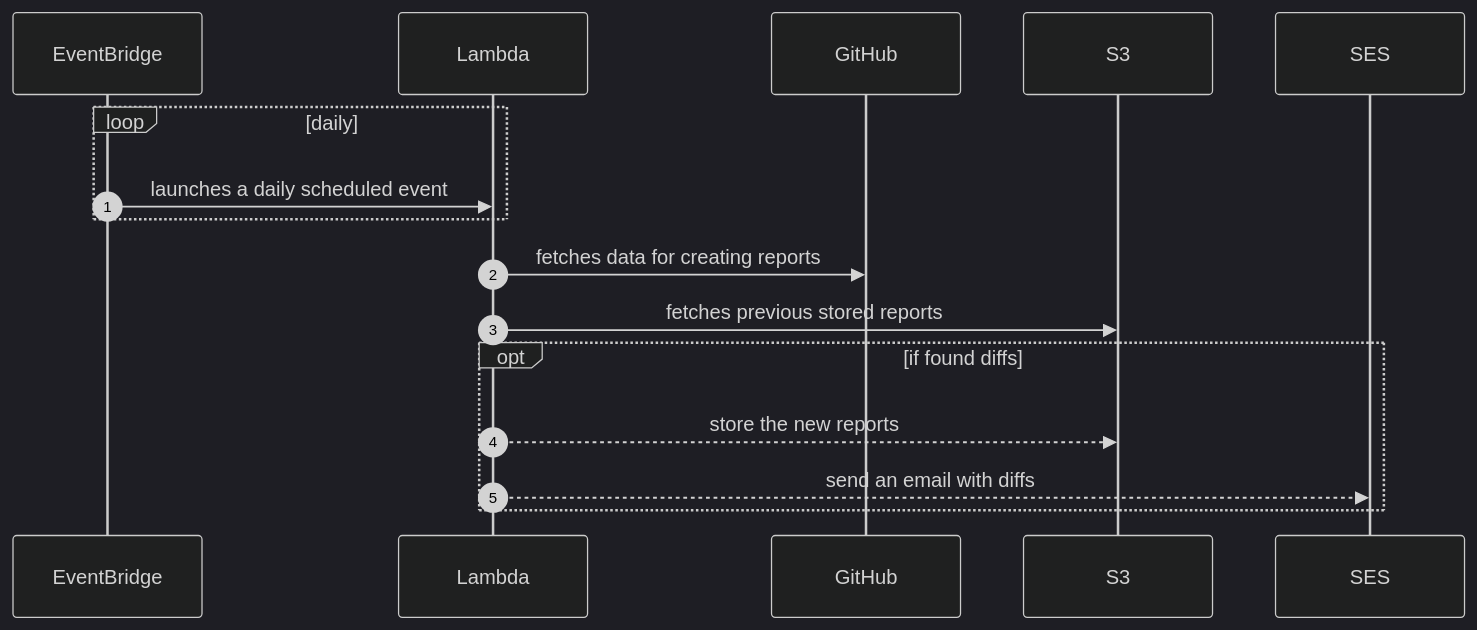
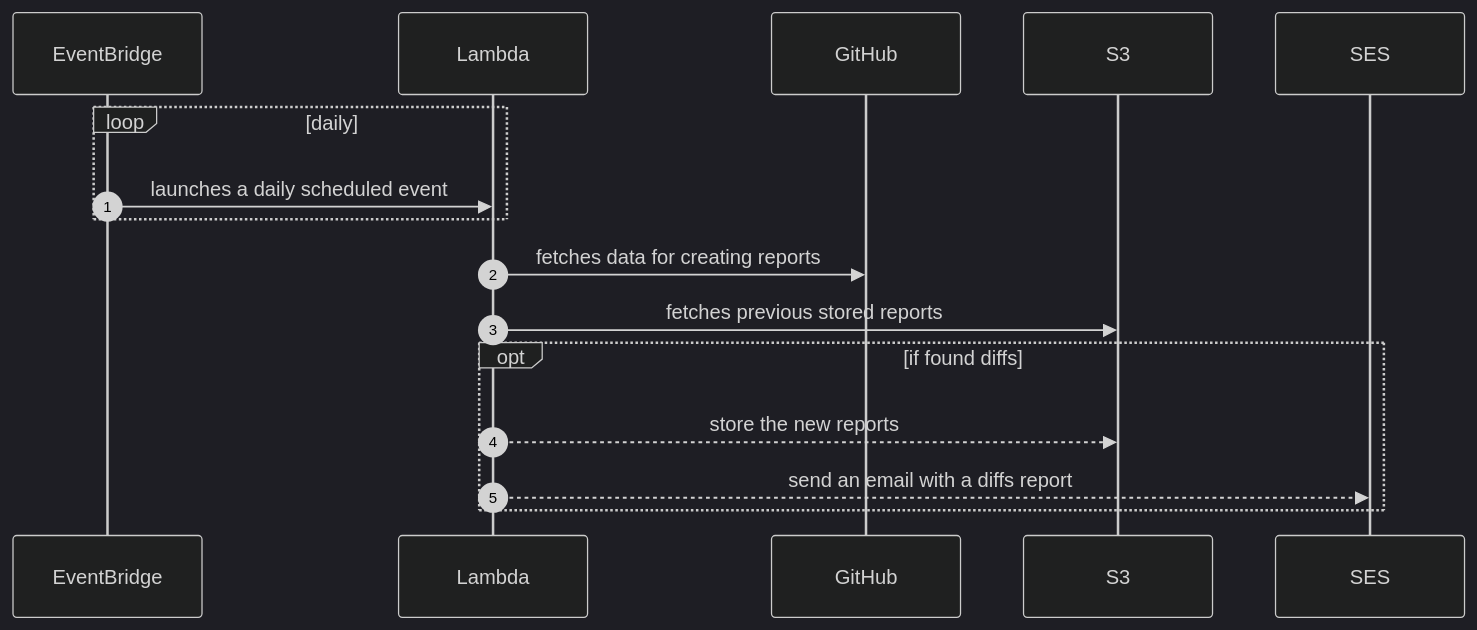
The diagram in .github/README.md (TomerFi/github-management-scripts), drawn with Mermaid (dark theme) before and after one commit. The commit also changed other lines of this file, not shown here.

````diff
--- a/.github/README.md
+++ b/.github/README.md
@@ -19,13 +19,13 @@
   ```mermaid
     sequenceDiagram
       autonumber
       loop daily
         EventBridge->>Lambda: launches a daily scheduled event
       end
       Lambda->>GitHub: fetches data for creating reports
       Lambda->>S3: fetches previous stored reports
       opt if found diffs
         Lambda-->>S3: store the new reports
-        Lambda-->>SES: send an email with diffs
+        Lambda-->>SES: send an email with a diffs report
       end
   ```
````
